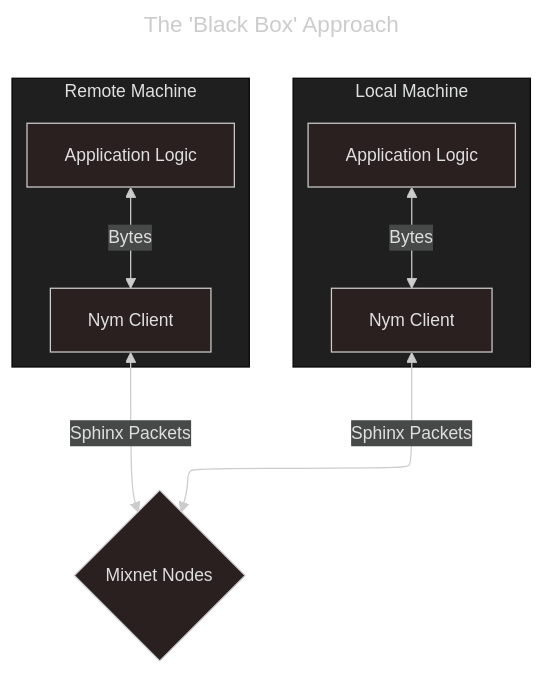
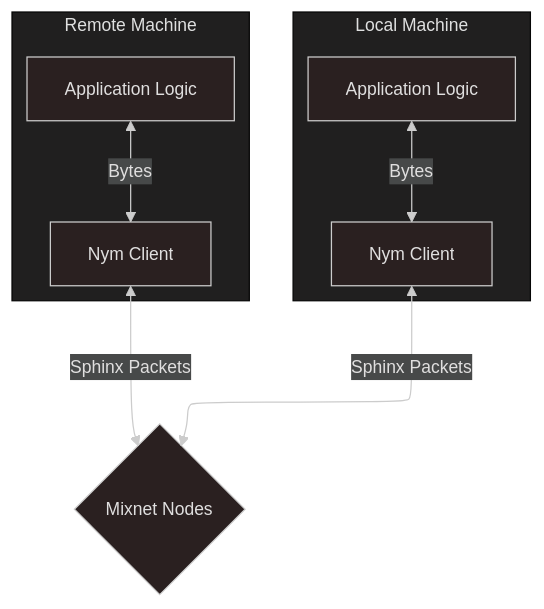
One commit to nymtech/nym changed the diagram in documentation/docs/pages/developers/concepts/required-architecture.md. Above: the diagram before and after it, drawn with Mermaid.

Commit message:
remove diagram title

````diff
--- a/documentation/docs/pages/developers/concepts/required-architecture.md
+++ b/documentation/docs/pages/developers/concepts/required-architecture.md
@@ -14,26 +14,25 @@
 ```mermaid
 ---
 config:
   theme: neo-dark
   layout: elk
-title: The 'Black Box' Approach
 ---
 flowchart TB
     subgraph Local Machine[Local Machine]
         A[Application Logic]
         B[Nym Client]
     end
 
     A <-->|Bytes| B
     B <-->|Sphinx Packets| Mixnet
 
     Mixnet{Mixnet Nodes}
 
     subgraph Remote Machine
         C[Application Logic]
         D[Nym Client]
     end
 
     C <-->|Bytes| D
     D <-->|Sphinx Packets| Mixnet
 ```
````
